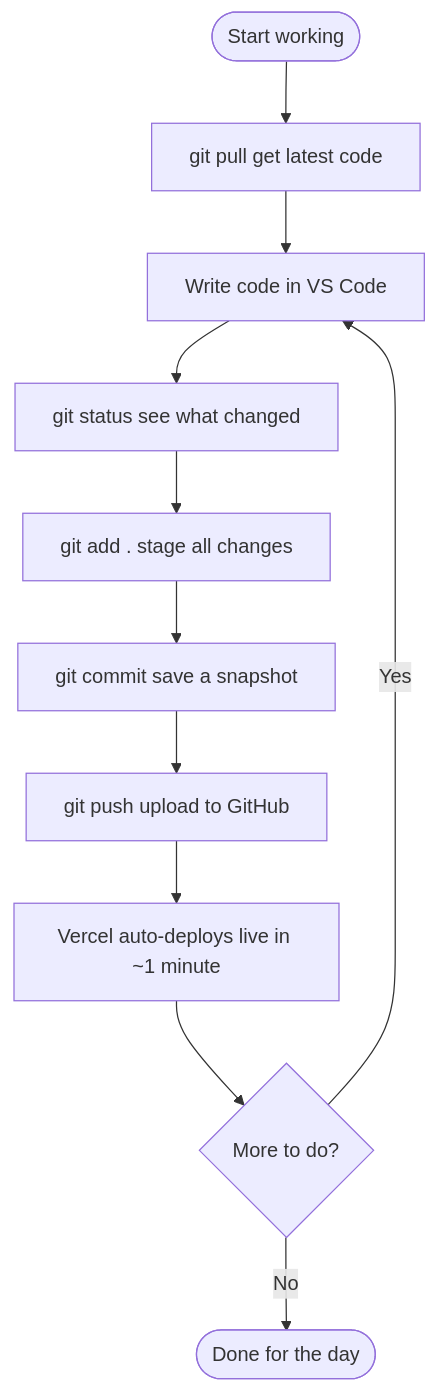
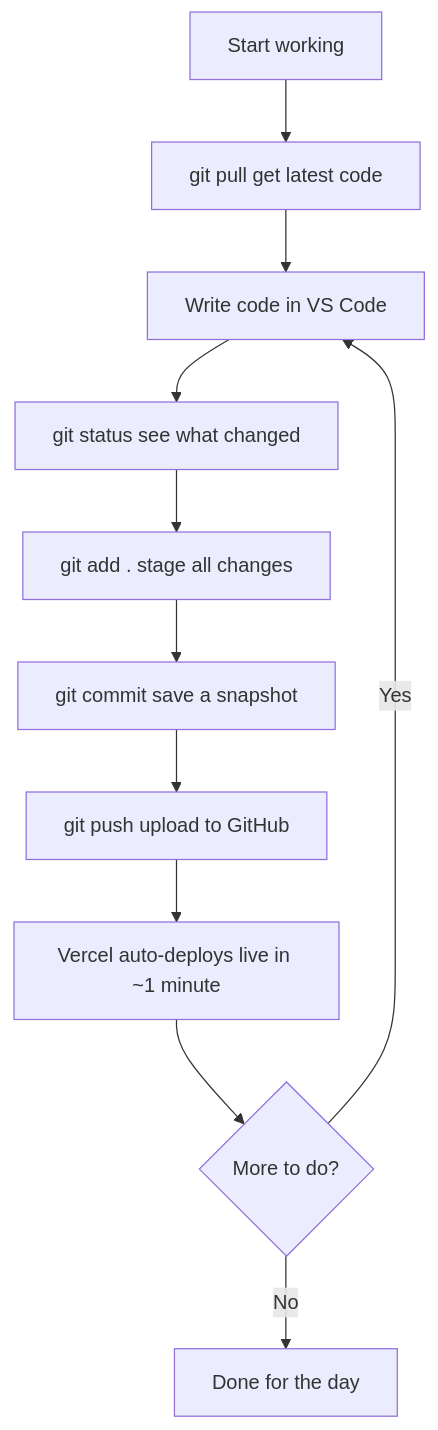
The fourth of 6 diagrams in learning/05-github.md (wongjinar-ai/expample), drawn with Mermaid before and after one commit. The commit also changed 5 other files, not shown here.

````diff
--- a/learning/05-github.md
+++ b/learning/05-github.md
@@ -96,13 +96,13 @@
 ```mermaid
 flowchart TD
-    Start([Start working]) --> Pull[git pull get latest code]
+    Start[Start working] --> Pull[git pull get latest code]
     Pull --> Code[Write code in VS Code]
     Code --> Check[git status see what changed]
     Check --> Stage[git add . stage all changes]
     Stage --> Commit[git commit save a snapshot]
     Commit --> Push[git push upload to GitHub]
     Push --> Vercel[Vercel auto-deploys live in ~1 minute]
     Vercel --> More{More to do?}
     More -->|Yes| Code
-    More -->|No| Done([Done for the day])
+    More -->|No| Done[Done for the day]
 ```
````
